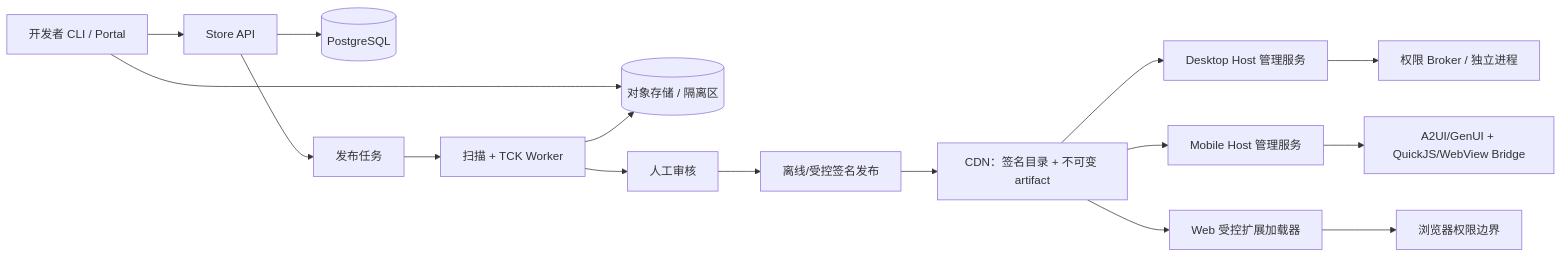
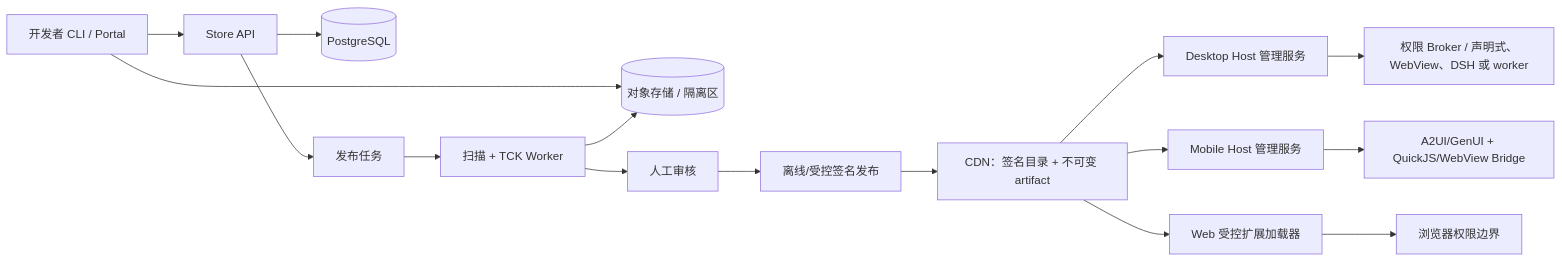
Before and after one commit to openmuseai/Muse-Plugin-EcoSystem: the diagram in docs/ARCHITECTURE.zh-CN.md, drawn with Mermaid. The commit also changed other lines of this file and 7 other files, not shown here.

````diff
--- a/docs/ARCHITECTURE.zh-CN.md
+++ b/docs/ARCHITECTURE.zh-CN.md
@@ -7,18 +7,18 @@
 ```mermaid
 flowchart LR
   Dev[开发者 CLI / Portal] --> API[Store API]
   API --> DB[(PostgreSQL)]
   API --> Q[发布任务]
   Dev --> O[(对象存储 / 隔离区)]
   Q --> W[扫描 + TCK Worker]
   W --> O
   W --> R[人工审核]
   R --> S[离线/受控签名发布]
   S --> CDN[CDN：签名目录 + 不可变 artifact]
   CDN --> D[Desktop Host 管理服务]
   CDN --> M[Mobile Host 管理服务]
   CDN --> B[Web 受控扩展加载器]
-  D --> HB[权限 Broker / 独立进程]
+  D --> HB[权限 Broker / 声明式、WebView、DSH 或 worker]
   M --> MB[A2UI/GenUI + QuickJS/WebView Bridge]
   B --> WB[浏览器权限边界]
 ```
````
